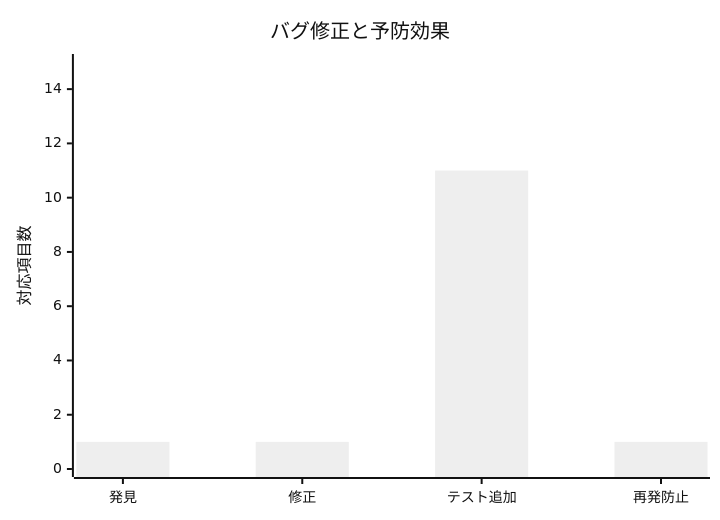
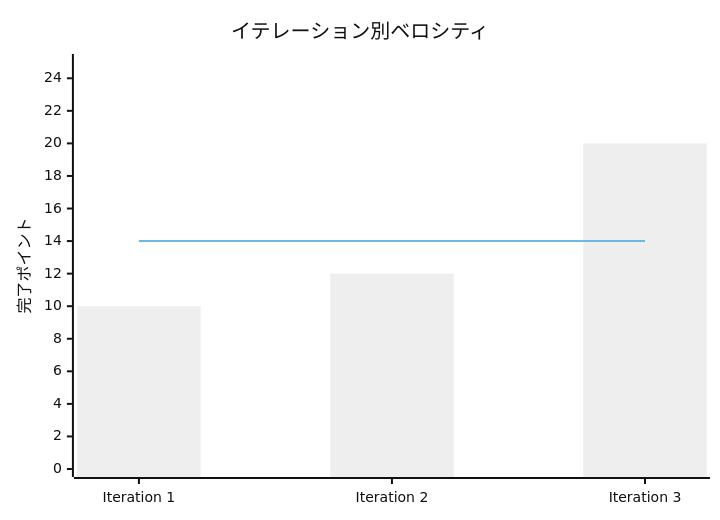
One commit to k2works/case-study-game-dev changed the second of 3 diagrams in docs/development/iteration3-completion-report.md. Above: the diagram before and after it, drawn with Mermaid (neutral theme). The commit also changed other lines of this file, not shown here.

First line of the commit message:
refactor: Iteration 3 完了報告書をIteration 2と同じフォーマットに統一

````diff
--- a/docs/development/iteration3-completion-report.md
+++ b/docs/development/iteration3-completion-report.md
@@ -46,7 +42,8 @@
 ```mermaid
 xychart-beta
-    title "バグ修正と予防効果"
-    x-axis ["発見", "修正", "テスト追加", "再発防止"]
-    y-axis "対応項目数" 0 --> 15
-    bar [1, 1, 11, 1]
+    title "イテレーション別ベロシティ"
+    x-axis ["Iteration 1", "Iteration 2", "Iteration 3"]
+    y-axis "完了ポイント" 0 --> 25
+    bar [10, 12, 20]
+    line [14, 14, 14]
 ```
````
